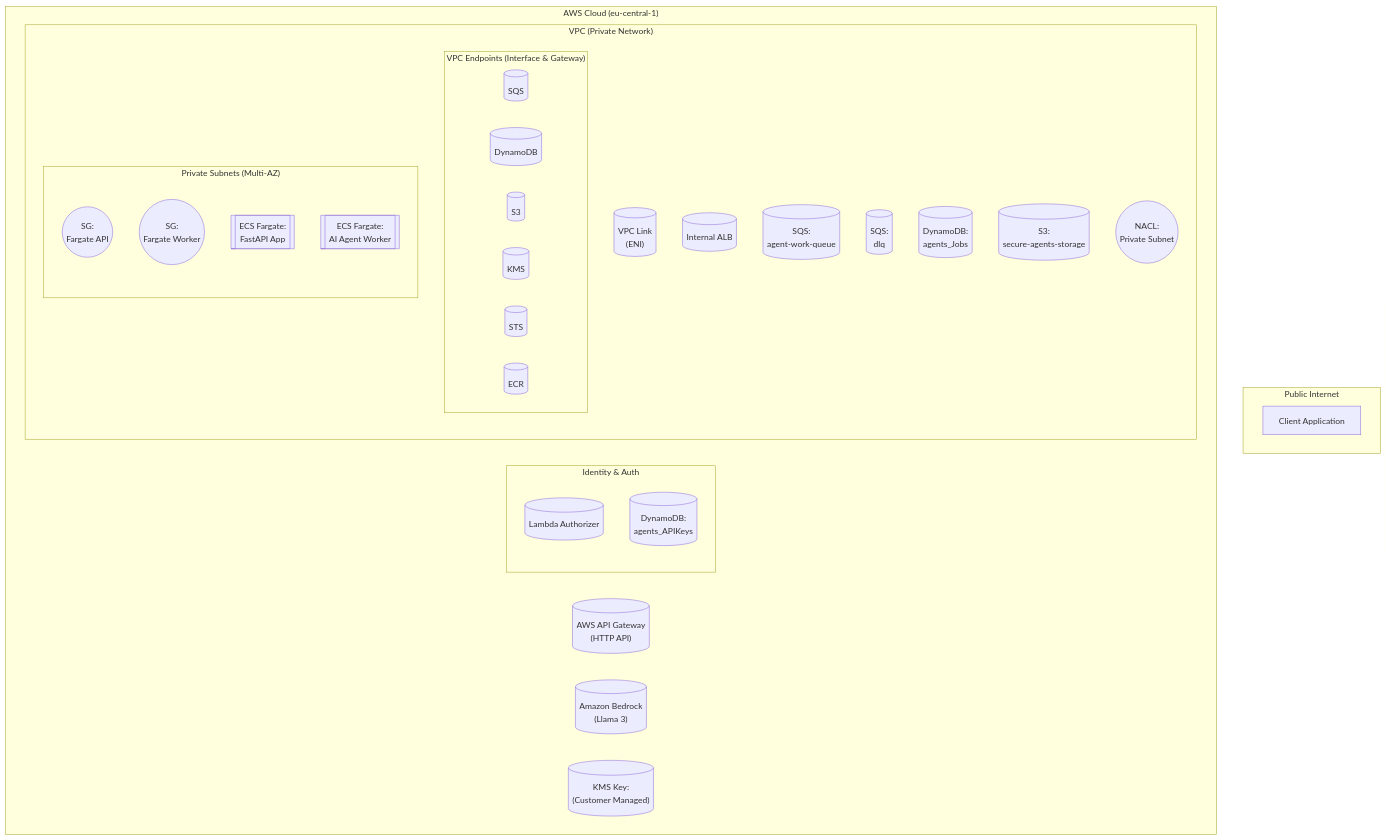
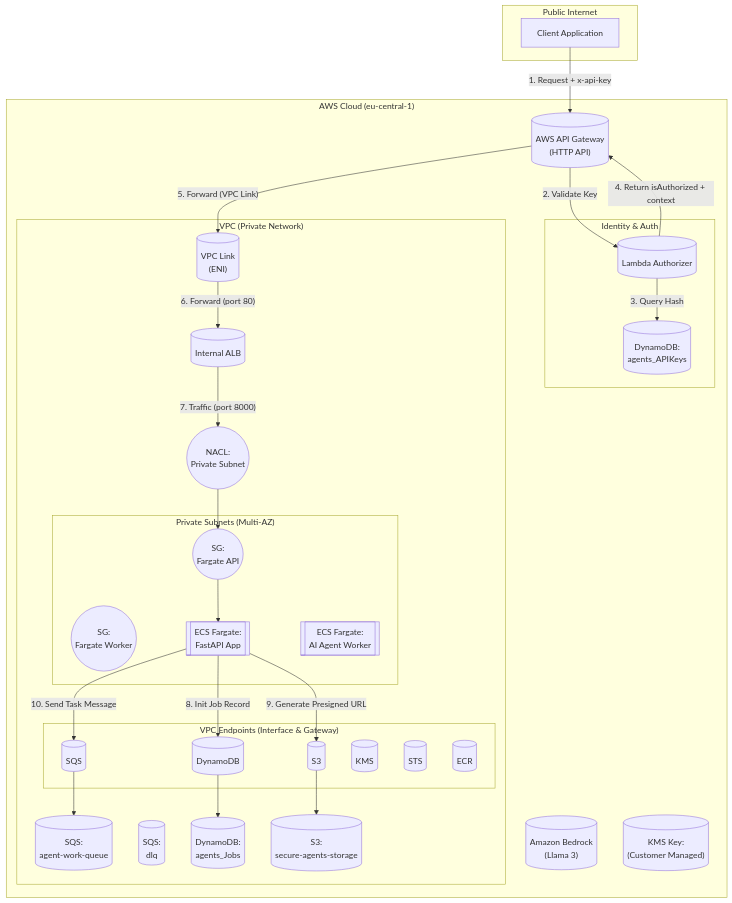
The diagram in README.md (SteliosSpanos/secure-agents), drawn with Mermaid before and after one commit.

Commit message:
Adds mermaid diagram

````diff
--- a/README.md
+++ b/README.md
@@ -11,47 +11,67 @@
 ```mermaid
 graph TD
   subgraph PublicInternet["Public Internet"]
     Client[Client Application]
   end
 
   subgraph AWSCloud["AWS Cloud (eu-central-1)"]
     APIGW[("AWS API Gateway<br>(HTTP API)")]
 
     subgraph AuthLayer["Identity & Auth"]
       Authorizer[("Lambda Authorizer")]
       ApiKeysTable[("DynamoDB:<br>agents_APIKeys")]
     end
 
     subgraph VPC["VPC (Private Network)"]
       VpcLinkENI[("VPC Link<br>(ENI)")]
       InternalALB[("Internal ALB")]
 
       subgraph VpcEndpoints["VPC Endpoints (Interface & Gateway)"]
         EndpointSQS[("SQS")]
         EndpointDynamoDB[("DynamoDB")]
         EndpointS3[("S3")]
         EndpointKMS[("KMS")]
         EndpointSTS[("STS")]
         EndpointECR[("ECR")]
       end
 
       MainQueue[("SQS:<br>agent-work-queue")]
       DlqQueue[("SQS:<br>dlq")]
       JobsTable[("DynamoDB:<br>agents_Jobs")]
       StorageBucket[("S3:<br>secure-agents-storage")]
 
       NaclGate(("NACL:<br>Private Subnet"))
 
       subgraph PrivateSubnets["Private Subnets (Multi-AZ)"]
         SgApi(("SG:<br>Fargate API"))
         SgWorker(("SG:<br>Fargate Worker"))
 
         ApiService[["ECS Fargate:<br>FastAPI App"]]
         WorkerService[["ECS Fargate:<br>AI Agent Worker"]]
       end
     end
 
     BedrockService[("Amazon Bedrock<br>(Llama 3)")]
     KmsKey[("KMS Key:<br>(Customer Managed)")]
   end
+
+
+  Client -- "1. Request + x-api-key" --> APIGW
+  APIGW -- "2. Validate Key" --> Authorizer
+  Authorizer -- "3. Query Hash" --> ApiKeysTable
+  Authorizer -- "4. Return isAuthorized + context" --> APIGW
+
+  APIGW -- "5. Forward (VPC Link)" --> VpcLinkENI
+  VpcLinkENI -- "6. Forward (port 80)" --> InternalALB
+  InternalALB -- "7. Traffic (port 8000)" --> NaclGate
+  NaclGate --> SgApi
+  SgApi --> ApiService
+
+  ApiService -- "8. Init Job Record" --> EndpointDynamoDB
+  EndpointDynamoDB --> JobsTable
+  ApiService -- "9. Generate Presigned URL" --> EndpointS3
+  EndpointS3 --> StorageBucket
+  ApiService -- "10. Send Task Message" --> EndpointSQS
+  EndpointSQS --> MainQueue
+
 ```
````
